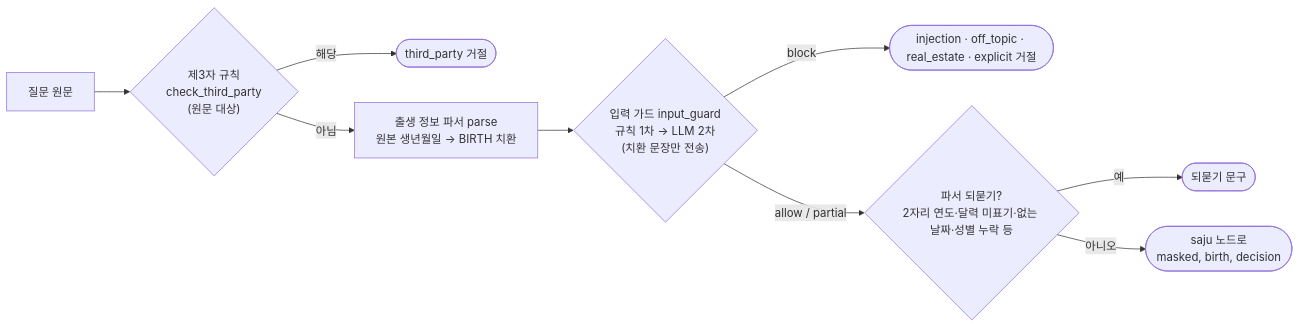
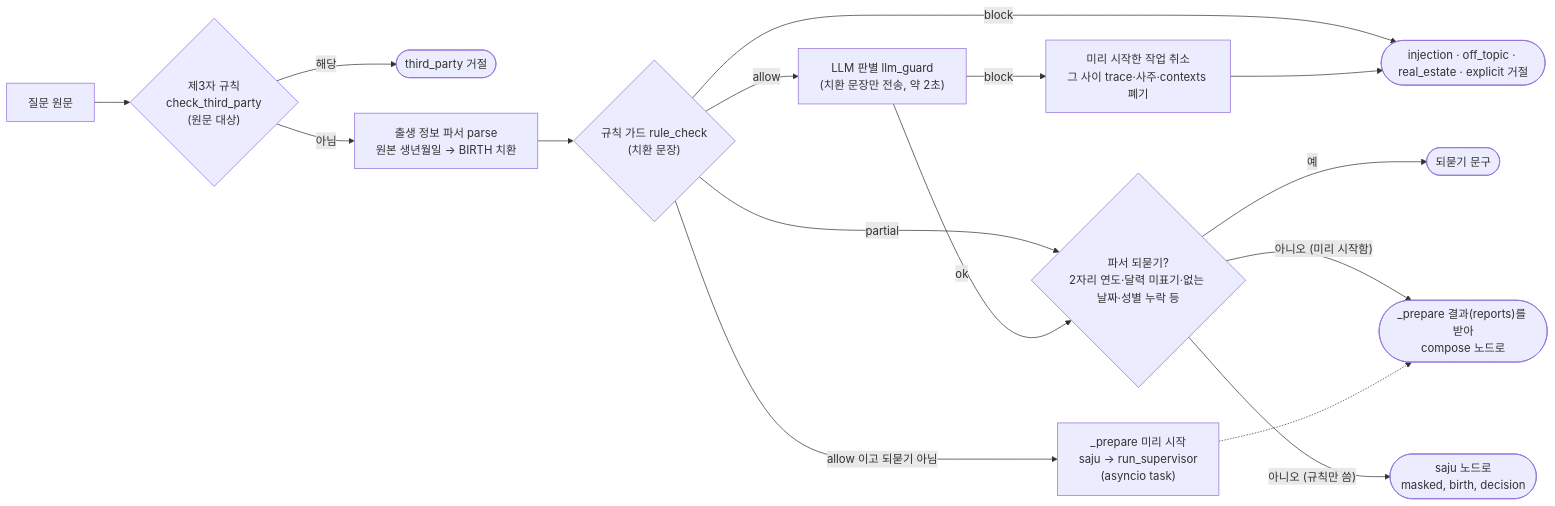
The second of 8 diagrams in docs/architecture.md (samaishit/mini-pjt_samaishit), drawn with Mermaid before and after one commit. The commit also changed other lines of this file and 17 other files, not shown here.

````diff
--- a/docs/architecture.md
+++ b/docs/architecture.md
@@ -46,11 +47,17 @@
 ```mermaid
 flowchart LR
     Q["질문 원문"] --> TP{"제3자 규칙<br/>check_third_party<br/>(원문 대상)"}
     TP -->|해당| R1(["third_party 거절"])
     TP -->|아님| P["출생 정보 파서 parse<br/>원본 생년월일 → BIRTH 치환"]
-    P --> IG{"입력 가드 input_guard<br/>규칙 1차 → LLM 2차<br/>(치환 문장만 전송)"}
-    IG -->|block| R2(["injection · off_topic · real_estate · explicit 거절"])
-    IG -->|allow / partial| CL{"파서 되묻기?<br/>2자리 연도·달력 미표기·없는 날짜·성별 누락 등"}
+    P --> RC{"규칙 가드 rule_check<br/>(치환 문장)"}
+    RC -->|block| R2(["injection · off_topic · real_estate · explicit 거절"])
+    RC -->|partial| CL
+    RC -->|allow| LG["LLM 판별 llm_guard<br/>(치환 문장만 전송, 약 2초)"]
+    RC -->|"allow 이고 되묻기 아님"| SPEC["_prepare 미리 시작<br/>saju → run_supervisor<br/>(asyncio task)"]
+    LG -->|block| CANCEL["미리 시작한 작업 취소<br/>그 사이 trace·사주·contexts 폐기"] --> R2
+    LG -->|ok| CL{"파서 되묻기?<br/>2자리 연도·달력 미표기·없는 날짜·성별 누락 등"}
     CL -->|예| R3(["되묻기 문구"])
-    CL -->|아니오| NEXT(["saju 노드로<br/>masked, birth, decision"])
+    CL -->|"아니오 (미리 시작함)"| JOIN(["_prepare 결과(reports)를 받아<br/>compose 노드로"])
+    CL -->|"아니오 (규칙만 씀)"| NEXT(["saju 노드로<br/>masked, birth, decision"])
+    SPEC -.-> JOIN
 ```
````
